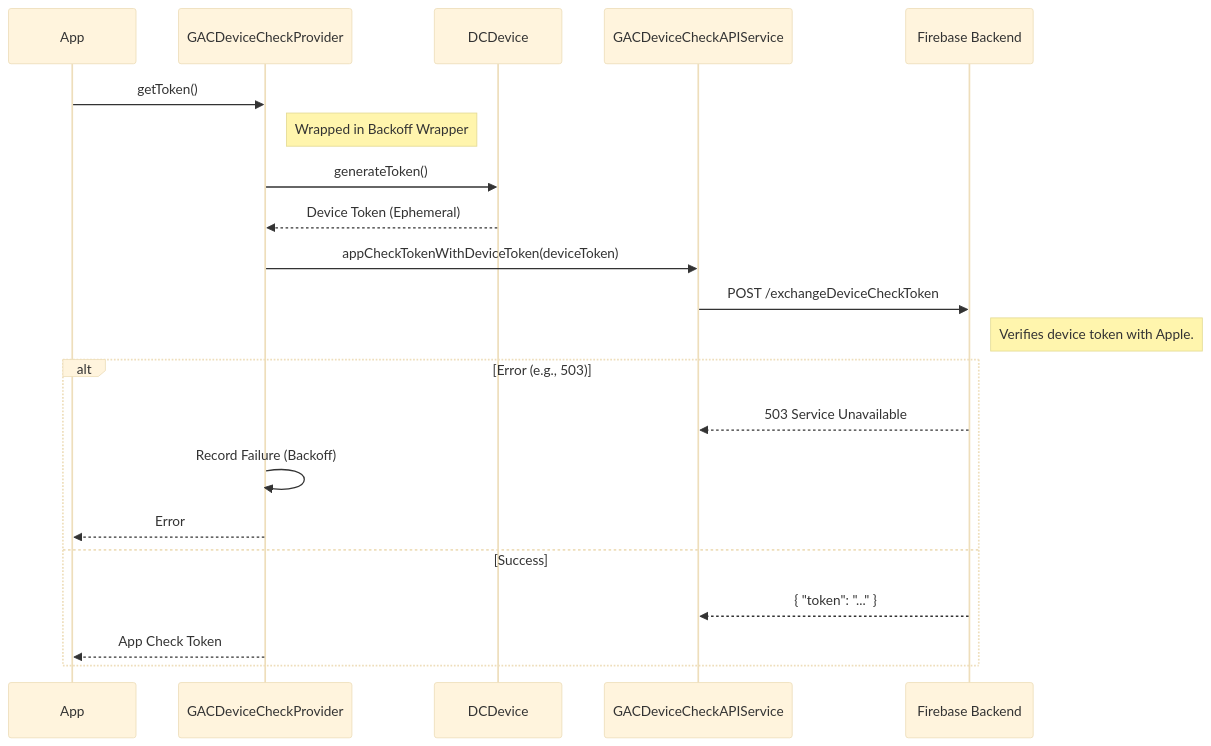
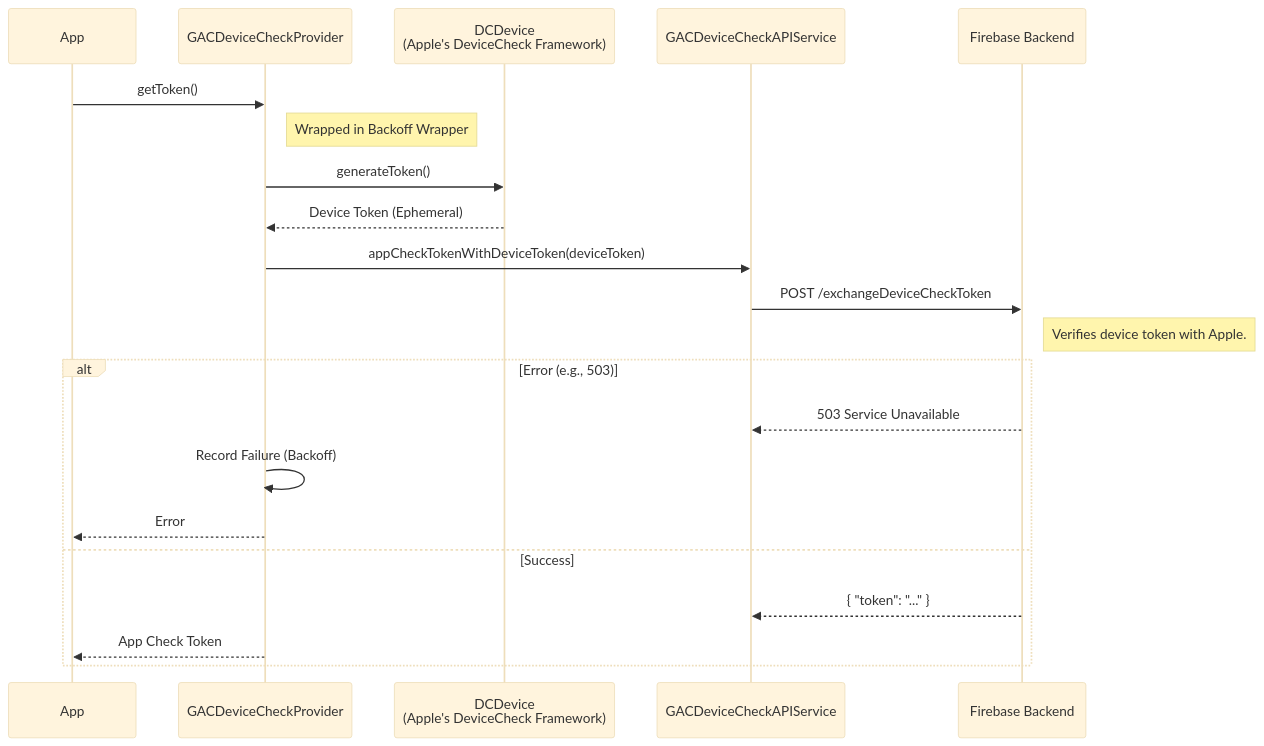
Before and after one commit to google/app-check: the third of 4 diagrams in docs/providers.md, drawn with Mermaid (base theme). The commit also changed other lines of this file, not shown here.

````diff
--- a/docs/providers.md
+++ b/docs/providers.md
@@ -124,27 +124,27 @@
 ```mermaid
 sequenceDiagram
     participant App
     participant Provider as GACDeviceCheckProvider
-    participant Apple as DCDevice
+    participant Apple as DCDevice<br/>(Apple's DeviceCheck Framework)
     participant API as GACDeviceCheckAPIService
     participant Backend as Firebase Backend
 
     App->>Provider: getToken()
     
     Note right of Provider: Wrapped in Backoff Wrapper
     Provider->>Apple: generateToken()
     Apple-->>Provider: Device Token (Ephemeral)
 
     Provider->>API: appCheckTokenWithDeviceToken(deviceToken)
     API->>Backend: POST /exchangeDeviceCheckToken
     Note right of Backend: Verifies device token with Apple.
     
     alt Error (e.g., 503)
         Backend-->>API: 503 Service Unavailable
         Provider->>Provider: Record Failure (Backoff)
         Provider-->>App: Error
     else Success
         Backend-->>API: { "token": "..." }
         Provider-->>App: App Check Token
     end
 ```
````
